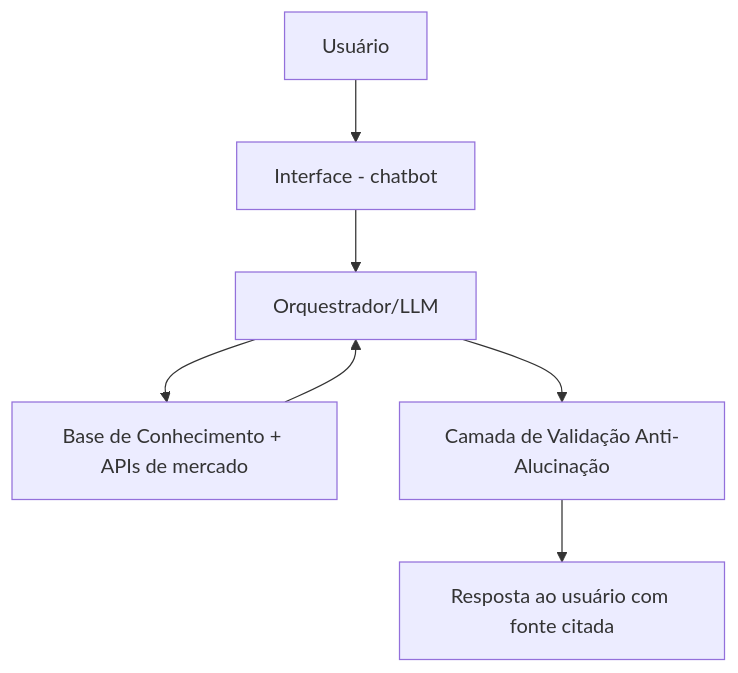
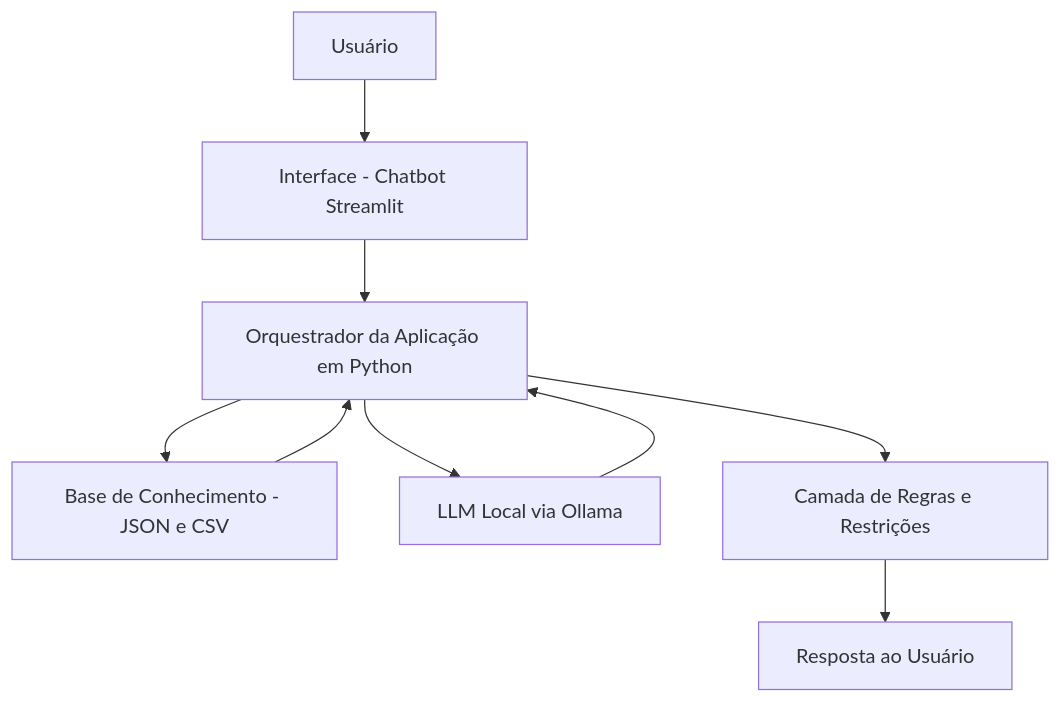
Before and after one commit to maracacosta/dio-lab-bia-do-futuro: the diagram in docs/01-documentacao-agente.md, drawn with Mermaid. The commit also changed other lines of this file and 5 other files, not shown here.

````diff
--- a/docs/01-documentacao-agente.md
+++ b/docs/01-documentacao-agente.md
@@ -56,9 +42,11 @@
 ```mermaid
 flowchart TD
-    A[Usuário] --> B[Interface - chatbot]
-    B --> C[Orquestrador/LLM]
-    C --> D[Base de Conhecimento + APIs de mercado]
+    A[Usuário] --> B[Interface - Chatbot Streamlit]
+    B --> C[Orquestrador da Aplicação em Python]
+    C --> D[Base de Conhecimento - JSON e CSV]
+    C --> E[LLM Local via Ollama]
     D --> C
-    C --> E[Camada de Validação Anti-Alucinação]
-    E --> F[Resposta ao usuário com fonte citada]
+    E --> C
+    C --> F[Camada de Regras e Restrições]
+    F --> G[Resposta ao Usuário]
 ```
````
